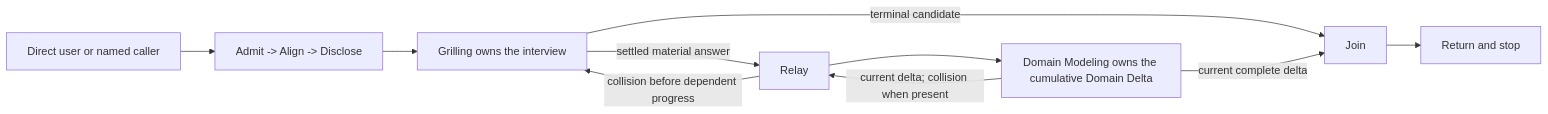
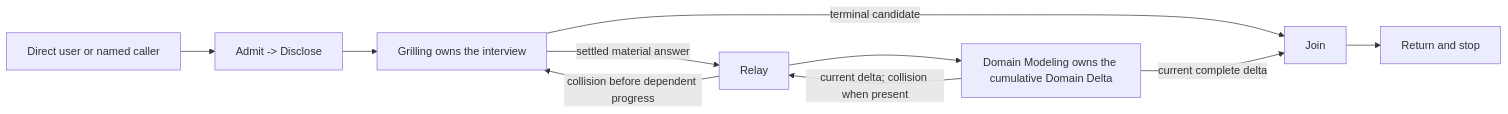
The diagram in docs/synthesis/skills/grill-with-docs.md (stevennitesh/programming-agent-skills), drawn with Mermaid before and after one commit. The commit also changed other lines of this file and 30 other files, not shown here.

````diff
--- a/docs/synthesis/skills/grill-with-docs.md
+++ b/docs/synthesis/skills/grill-with-docs.md
@@ -97,12 +94,12 @@
 ```mermaid
 flowchart LR
-    ENTRY["Direct user or named caller"] --> COMPOSER["Admit -> Align -> Disclose"]
+    ENTRY["Direct user or named caller"] --> COMPOSER["Admit -> Disclose"]
     COMPOSER --> GRILL["Grilling owns the interview"]
     GRILL -->|settled material answer| RELAY["Relay"]
     RELAY --> DOMAIN["Domain Modeling owns the cumulative Domain Delta"]
     DOMAIN -->|current delta; collision when present| RELAY
     RELAY -->|collision before dependent progress| GRILL
     GRILL -->|terminal candidate| JOIN["Join"]
     DOMAIN -->|current complete delta| JOIN
     JOIN --> RETURN["Return and stop"]
 ```
````
